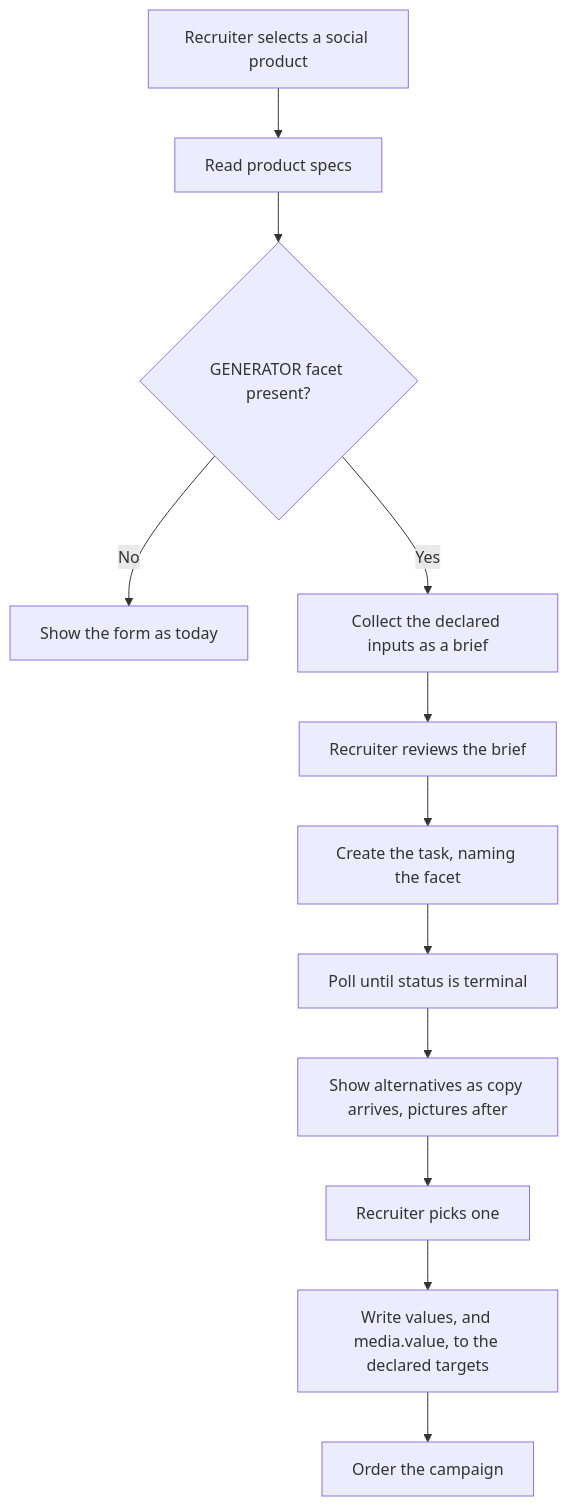
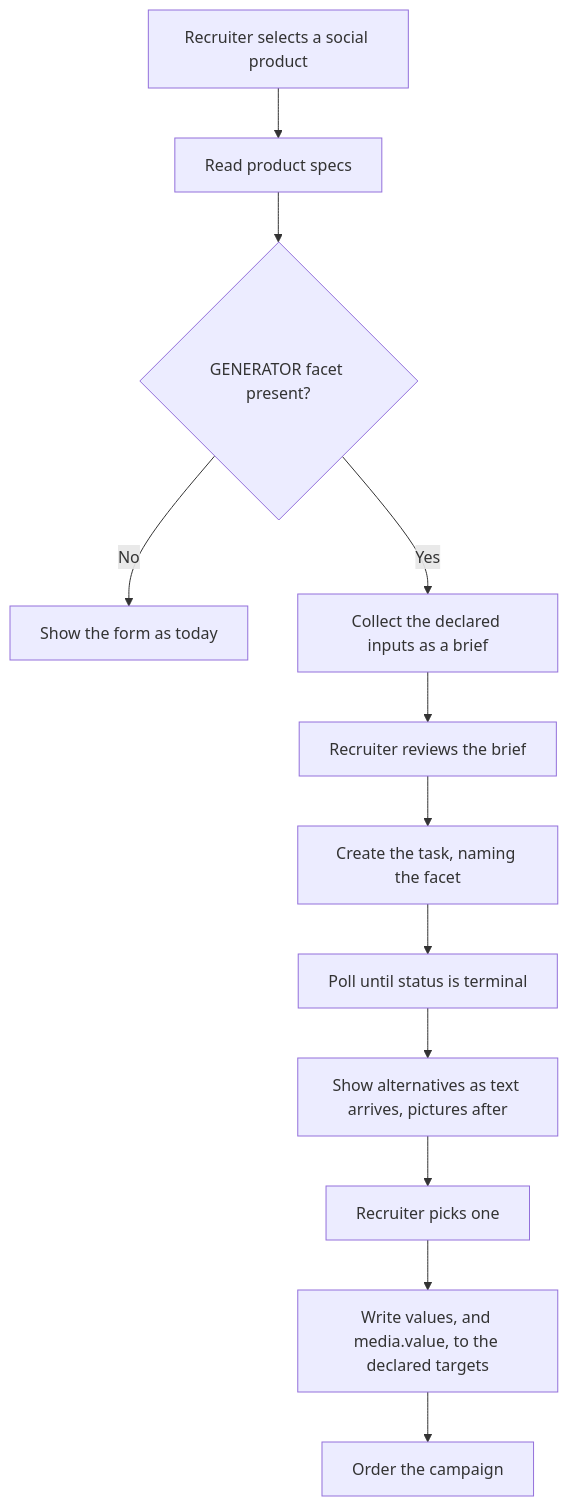
Before and after one commit to vonq/hapi-docs: the second of 2 diagrams in docs/guides/07-posting-requirements/ai-ad-creatives.md, drawn with Mermaid. The commit also changed other lines of this file and 15 other files, not shown here.

````diff
--- a/docs/guides/07-posting-requirements/ai-ad-creatives.md
+++ b/docs/guides/07-posting-requirements/ai-ad-creatives.md
@@ -269,15 +287,15 @@
 ```mermaid
 %%{init: {'flowchart': {'useMaxWidth': true}}}%%
 graph TD
     A[Recruiter selects a social product] --> B[Read product specs]
     B --> C{GENERATOR facet present?}
     C -->|No| D[Show the form as today]
     C -->|Yes| E[Collect the declared inputs as a brief]
     E --> F[Recruiter reviews the brief]
     F --> G[Create the task, naming the facet]
     G --> H[Poll until status is terminal]
-    H --> I[Show alternatives as copy arrives, pictures after]
+    H --> I[Show alternatives as text arrives, pictures after]
     I --> J[Recruiter picks one]
     J --> K[Write values, and media.value, to the declared targets]
     K --> L[Order the campaign]
 ```
````
